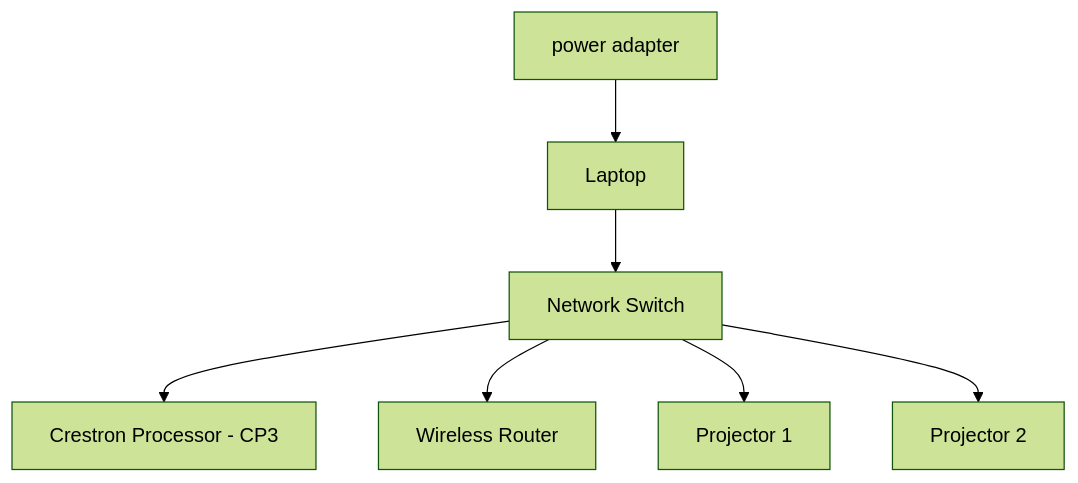
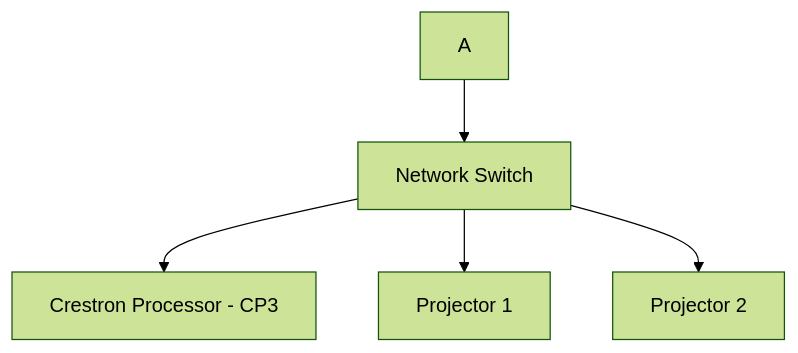
Before and after one commit to AbbieNgXinYi/Gamenian: the second of 3 diagrams in README.md, drawn with Mermaid (forest theme). The commit also changed other lines of this file, not shown here.

````diff
--- a/README.md
+++ b/README.md
@@ -60,11 +58,9 @@
 ```mermaid
 graph TD
 
-A[power adapter]--> B[Laptop]
-B--> C[Network Switch]
-C--> D[Crestron Processor - CP3]
-C--> E[Wireless Router]
-C--> F[Projector 1]
-C--> G[Projector 2]
+A--> B[Network Switch]
+B--> C[Crestron Processor - CP3]
+B--> D[Projector 1]
+B--> E[Projector 2]
 
 ```
````
